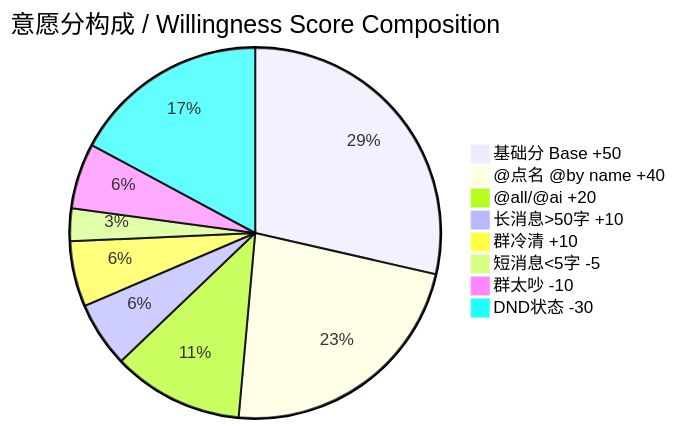
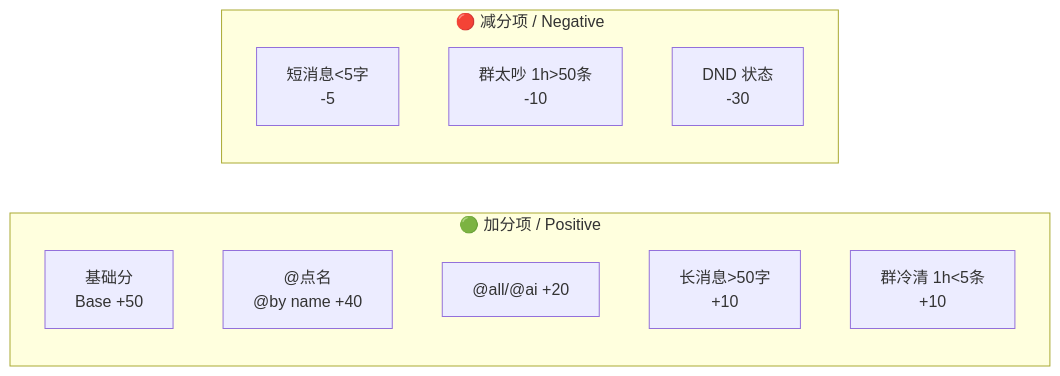
The third of 6 diagrams in docs/AI对话链机制.md (ShuAICFR/AIsChat), drawn with Mermaid before and after one commit. The commit also changed other lines of this file and 2 other files, not shown here.

Commit message:
📊 文档修复：Mermaid解析错误、横向图折叠、目录美化、独立协议项目链接

````diff
--- a/docs/AI对话链机制.md
+++ b/docs/AI对话链机制.md
@@ -109,11 +117,15 @@
 ```mermaid
-pie title 意愿分构成 / Willingness Score Composition
-    "基础分 Base +50" : 50
-    "@点名 @by name +40" : 40
-    "@all/@ai +20" : 20
-    "长消息>50字 +10" : 10
-    "群冷清 +10" : 10
-    "短消息<5字 -5" : 5
-    "群太吵 -10" : 10
-    "DND状态 -30" : 30
+flowchart LR
+    subgraph positive["🟢 加分项 / Positive"]
+        P1["基础分<br/>Base +50"]
+        P2["@点名<br/>@by name +40"]
+        P3["@all/@ai +20"]
+        P4["长消息>50字<br/>+10"]
+        P5["群冷清 1h<5条<br/>+10"]
+    end
+    subgraph negative["🔴 减分项 / Negative"]
+        N1["短消息<5字<br/>-5"]
+        N2["群太吵 1h>50条<br/>-10"]
+        N3["DND 状态<br/>-30"]
+    end
 ```
````
